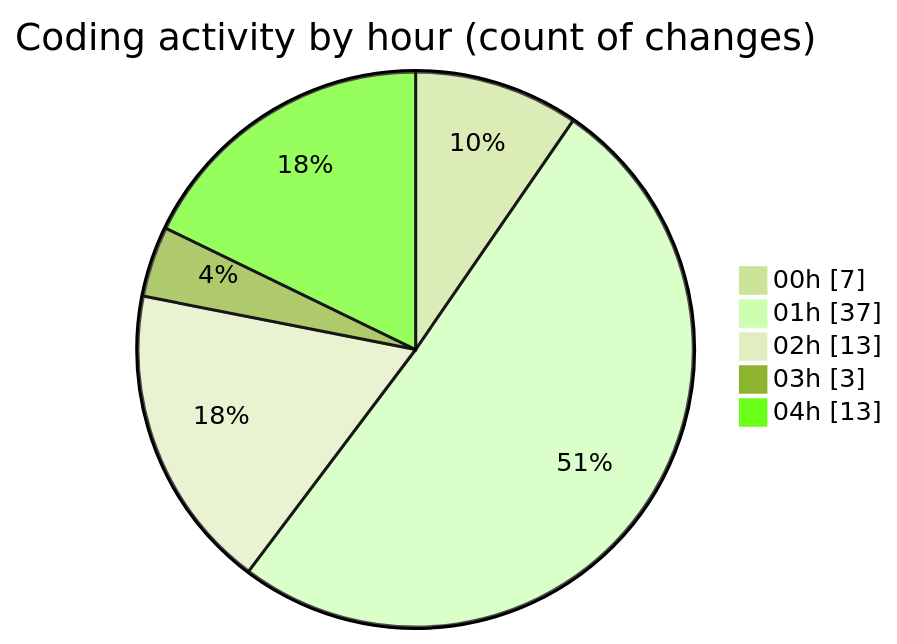
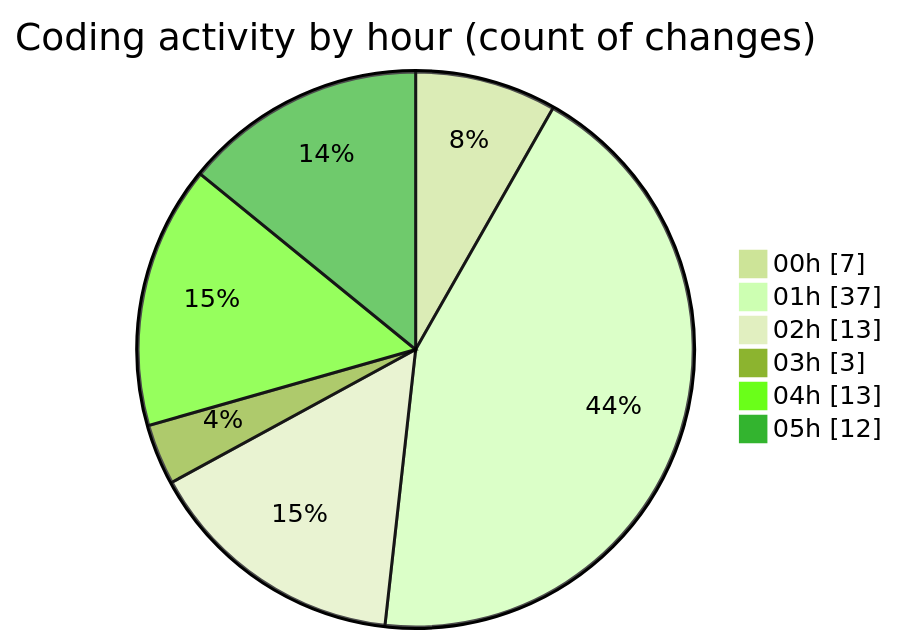
The second of 2 diagrams in 2025-02-23/micros/README.md (charlie-sans/code-tracking), drawn with Mermaid (forest theme) before and after one commit. The commit also changed other lines of this file and 1 other file, not shown here.

````diff
--- a/2025-02-23/micros/README.md
+++ b/2025-02-23/micros/README.md
@@ -51,9 +55,10 @@
 ```mermaid
 pie showData
 title Coding activity by hour (count of changes)
 "00h" : 7
 "01h" : 37
 "02h" : 13
 "03h" : 3
 "04h" : 13
+"05h" : 12
 ```
````
